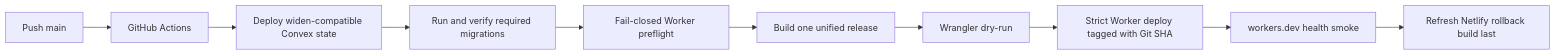
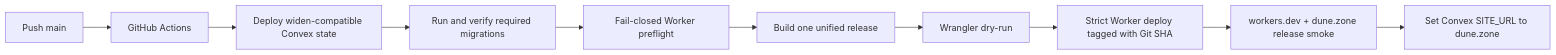
Before and after one commit to ndelangen/tanstack-start: the diagram in docs/deployment.md, drawn with Mermaid. The commit also changed other lines of this file and 16 other files, not shown here.

Commit message:
Move production hosting to dune.zone

````diff
--- a/docs/deployment.md
+++ b/docs/deployment.md
@@ -197,12 +167,12 @@
 ```mermaid
 flowchart LR
     Git[Push main] --> GHA[GitHub Actions]
     GHA --> ConvexDeploy[Deploy widen-compatible Convex state]
     ConvexDeploy --> Migrations[Run and verify required migrations]
     Migrations --> Preflight[Fail-closed Worker preflight]
     Preflight --> Build[Build one unified release]
     Build --> DryRun[Wrangler dry-run]
     DryRun --> WorkerDeploy[Strict Worker deploy tagged with Git SHA]
-    WorkerDeploy --> Smoke[workers.dev health smoke]
-    Smoke --> NetlifyDeploy[Refresh Netlify rollback build last]
+    WorkerDeploy --> Smoke[workers.dev + dune.zone release smoke]
+    Smoke --> SiteUrl[Set Convex SITE_URL to dune.zone]
 ```
````
